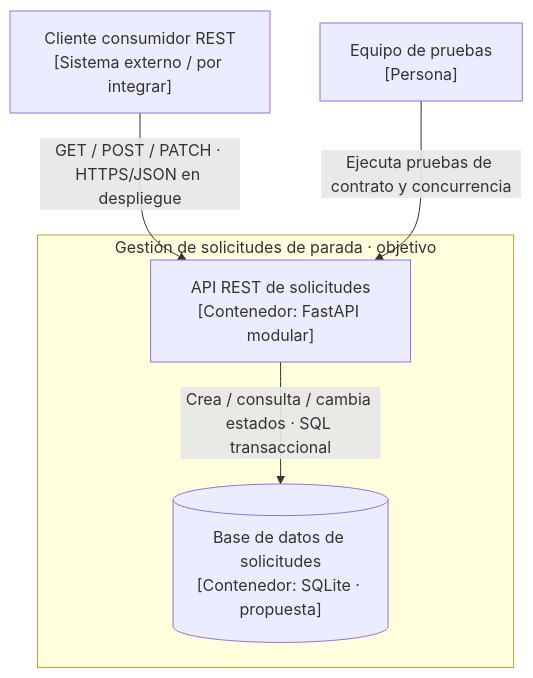
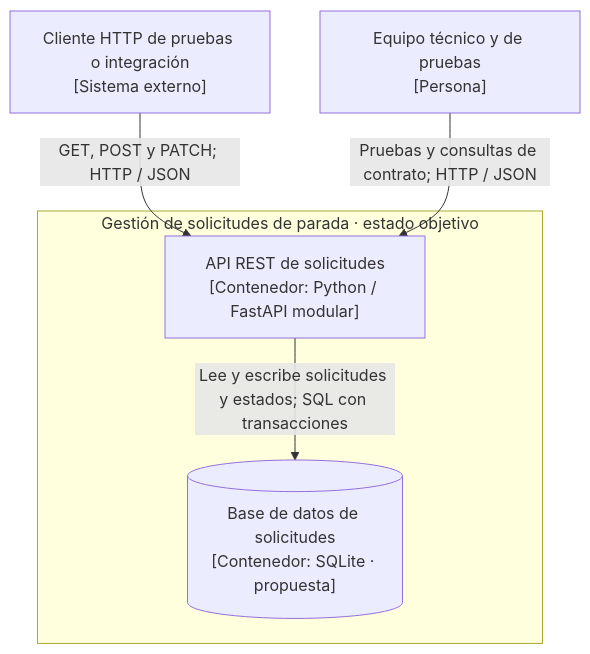
Before and after one commit to KleverLema/Paradas-inteligentes-M8: the diagram in docs/02-vistas-c4/c4-nivel2.md, drawn with Mermaid. The commit also changed other lines of this file and 11 other files, not shown here.

````diff
--- a/docs/02-vistas-c4/c4-nivel2.md
+++ b/docs/02-vistas-c4/c4-nivel2.md
@@ -15,12 +17,14 @@
 ```mermaid
 flowchart TB
-    cliente["Cliente consumidor REST<br/>[Sistema externo / por integrar]"]
-    qa["Equipo de pruebas<br/>[Persona]"]
-    subgraph software["Gestión de solicitudes de parada · objetivo"]
-        api["API REST de solicitudes<br/>[Contenedor: FastAPI modular]"]
+    cliente["Cliente HTTP de pruebas o integración<br/>[Sistema externo]"]
+    equipo["Equipo técnico y de pruebas<br/>[Persona]"]
+
+    subgraph sistema["Gestión de solicitudes de parada · estado objetivo"]
+        api["API REST de solicitudes<br/>[Contenedor: Python / FastAPI modular]"]
         bd[("Base de datos de solicitudes<br/>[Contenedor: SQLite · propuesta]")]
-        api -->|"Crea / consulta / cambia estados · SQL transaccional"| bd
+        api -->|"Lee y escribe solicitudes y estados; SQL con transacciones"| bd
     end
-    cliente -->|"GET / POST / PATCH · HTTPS/JSON en despliegue"| api
-    qa -->|"Ejecuta pruebas de contrato y concurrencia"| api
+
+    cliente -->|"GET, POST y PATCH; HTTP / JSON"| api
+    equipo -->|"Pruebas y consultas de contrato; HTTP / JSON"| api
 ```
````
